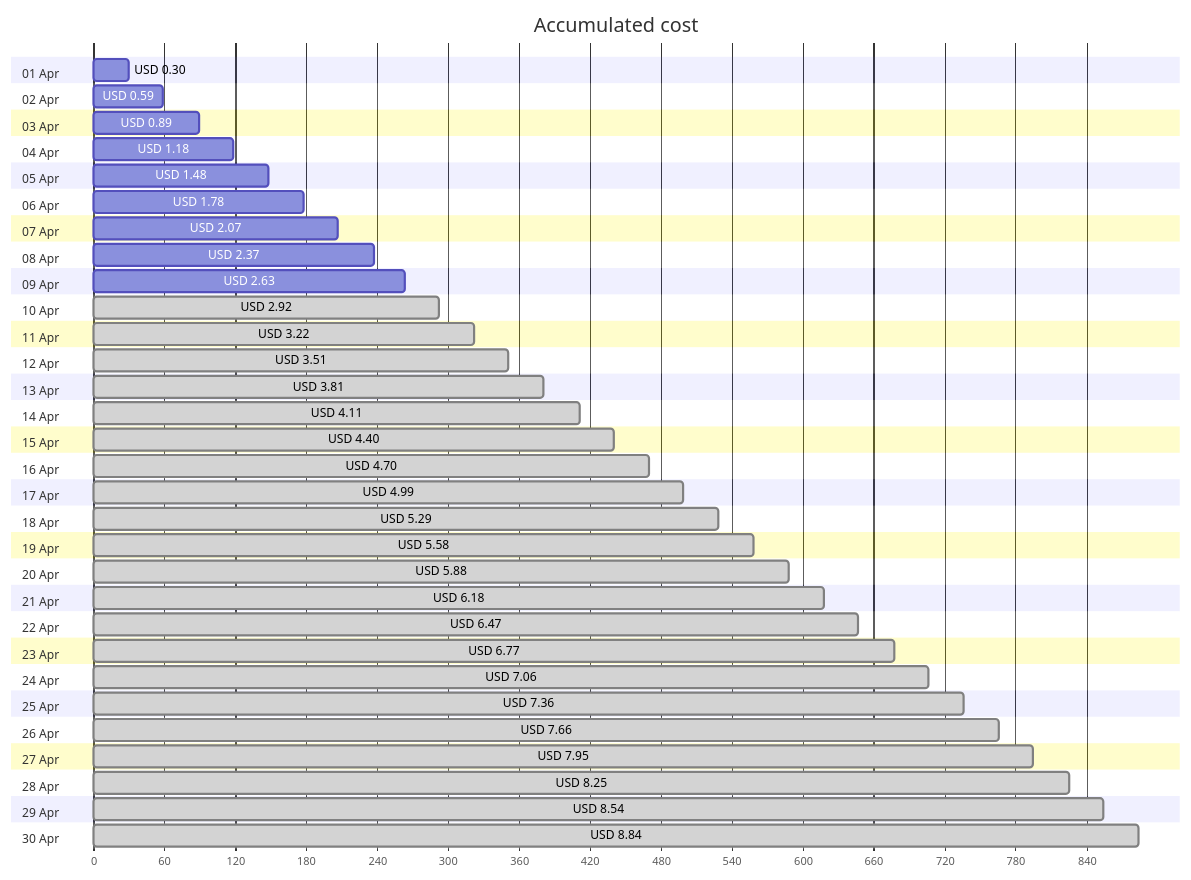
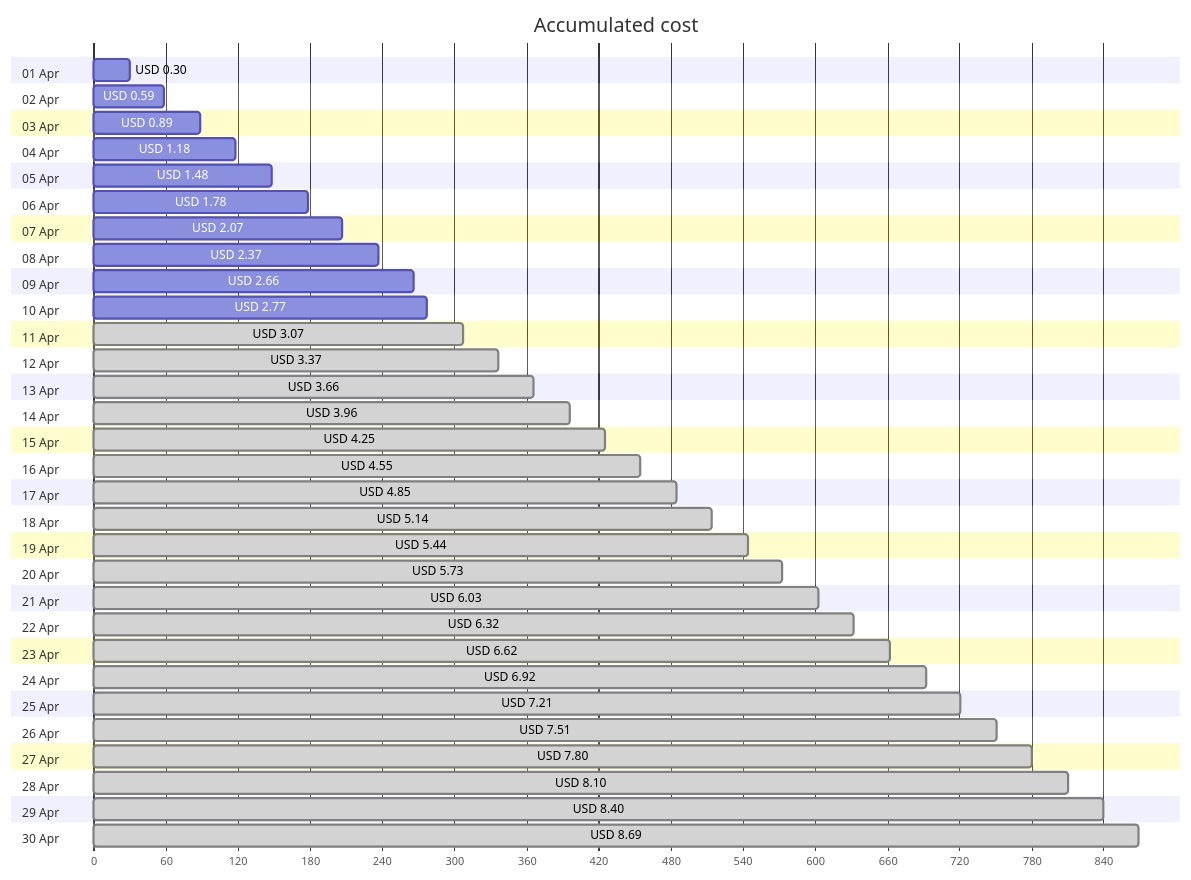
Before and after one commit to jpfulton/azure-personal-reports: the first of 4 diagrams in cost-reports/personal-site/personal-site.md, drawn with Mermaid. The commit also changed other lines of this file and 7 other files, not shown here.

````diff
--- a/cost-reports/personal-site/personal-site.md
+++ b/cost-reports/personal-site/personal-site.md
@@ -20,66 +20,66 @@
 ```mermaid
 gantt
    title Accumulated cost
    dateFormat  X
    axisFormat %s
    section 01 Apr
    USD 0.30 :0, 30
    section 02 Apr
    USD 0.59 :0, 59
    section 03 Apr
    USD 0.89 :0, 89
    section 04 Apr
    USD 1.18 :0, 118
    section 05 Apr
    USD 1.48 :0, 148
    section 06 Apr
    USD 1.78 :0, 178
    section 07 Apr
    USD 2.07 :0, 207
    section 08 Apr
    USD 2.37 :0, 237
    section 09 Apr
-   USD 2.63 :0, 263
+   USD 2.66 :0, 266
    section 10 Apr
-   USD 2.92 : done, 0, 292
+   USD 2.77 :0, 277
    section 11 Apr
-   USD 3.22 : done, 0, 322
+   USD 3.07 : done, 0, 307
    section 12 Apr
-   USD 3.51 : done, 0, 351
+   USD 3.37 : done, 0, 337
    section 13 Apr
-   USD 3.81 : done, 0, 381
+   USD 3.66 : done, 0, 366
    section 14 Apr
-   USD 4.11 : done, 0, 411
+   USD 3.96 : done, 0, 396
    section 15 Apr
-   USD 4.40 : done, 0, 440
+   USD 4.25 : done, 0, 425
    section 16 Apr
-   USD 4.70 : done, 0, 470
+   USD 4.55 : done, 0, 455
    section 17 Apr
-   USD 4.99 : done, 0, 499
+   USD 4.85 : done, 0, 485
    section 18 Apr
-   USD 5.29 : done, 0, 529
+   USD 5.14 : done, 0, 514
    section 19 Apr
-   USD 5.58 : done, 0, 558
+   USD 5.44 : done, 0, 544
    section 20 Apr
-   USD 5.88 : done, 0, 588
+   USD 5.73 : done, 0, 573
    section 21 Apr
-   USD 6.18 : done, 0, 618
+   USD 6.03 : done, 0, 603
    section 22 Apr
-   USD 6.47 : done, 0, 647
+   USD 6.32 : done, 0, 632
    section 23 Apr
-   USD 6.77 : done, 0, 677
+   USD 6.62 : done, 0, 662
    section 24 Apr
-   USD 7.06 : done, 0, 706
+   USD 6.92 : done, 0, 692
    section 25 Apr
-   USD 7.36 : done, 0, 736
+   USD 7.21 : done, 0, 721
    section 26 Apr
-   USD 7.66 : done, 0, 766
+   USD 7.51 : done, 0, 751
    section 27 Apr
-   USD 7.95 : done, 0, 795
+   USD 7.80 : done, 0, 780
    section 28 Apr
-   USD 8.25 : done, 0, 825
+   USD 8.10 : done, 0, 810
    section 29 Apr
-   USD 8.54 : done, 0, 854
+   USD 8.40 : done, 0, 840
    section 30 Apr
-   USD 8.84 : done, 0, 884
+   USD 8.69 : done, 0, 869
 ```
````
